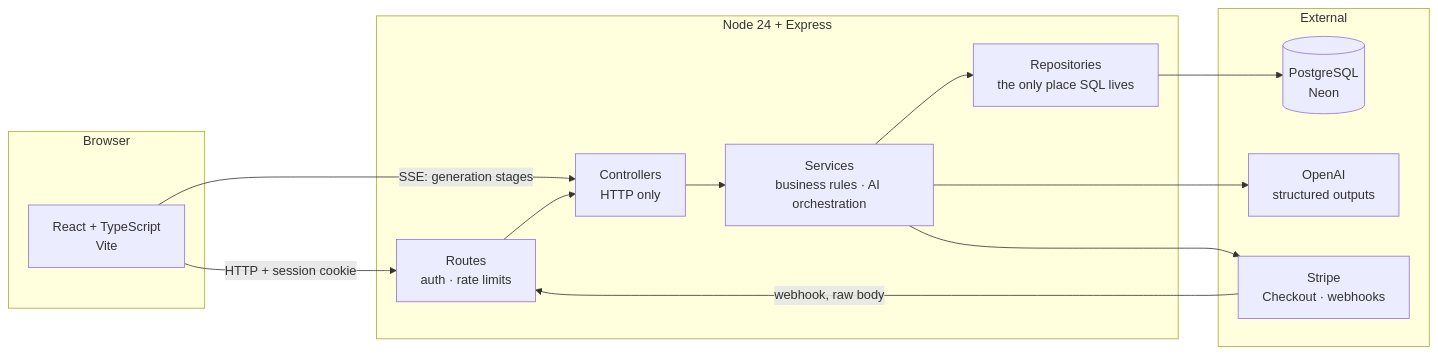
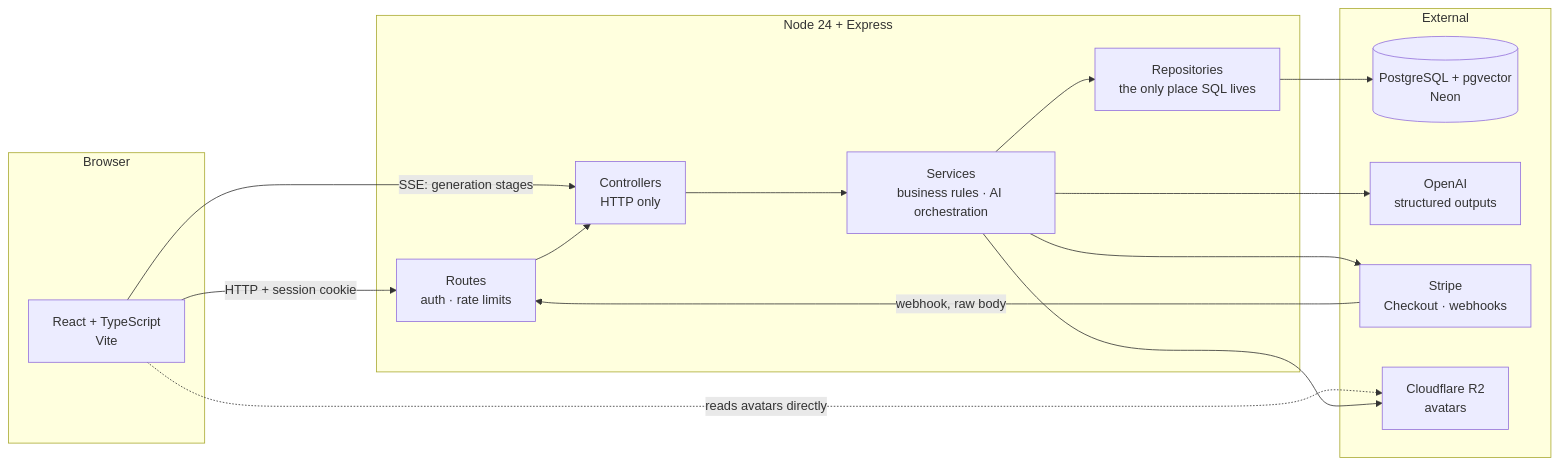
The diagram in README.md (cosmicoral/Mosaic-Kitchen-AI), drawn with Mermaid before and after one commit. The commit also changed other lines of this file, not shown here.

````diff
--- a/README.md
+++ b/README.md
@@ -43,26 +46,29 @@
 ```mermaid
 flowchart LR
     subgraph client [Browser]
         UI[React + TypeScript<br/>Vite]
     end
 
     subgraph api [Node 24 + Express]
         R[Routes<br/>auth · rate limits]
         C[Controllers<br/>HTTP only]
         S[Services<br/>business rules · AI orchestration]
         Rep[Repositories<br/>the only place SQL lives]
     end
 
     subgraph external [External]
-        DB[(PostgreSQL<br/>Neon)]
+        DB[("PostgreSQL + pgvector<br/>Neon")]
         AI[OpenAI<br/>structured outputs]
         Stripe[Stripe<br/>Checkout · webhooks]
+        R2[Cloudflare R2<br/>avatars]
     end
 
     UI -->|"HTTP + session cookie"| R
     UI -->|"SSE: generation stages"| C
+    UI -.->|"reads avatars directly"| R2
     R --> C --> S --> Rep --> DB
     S --> AI
     S --> Stripe
+    S --> R2
     Stripe -->|"webhook, raw body"| R
 ```
````
